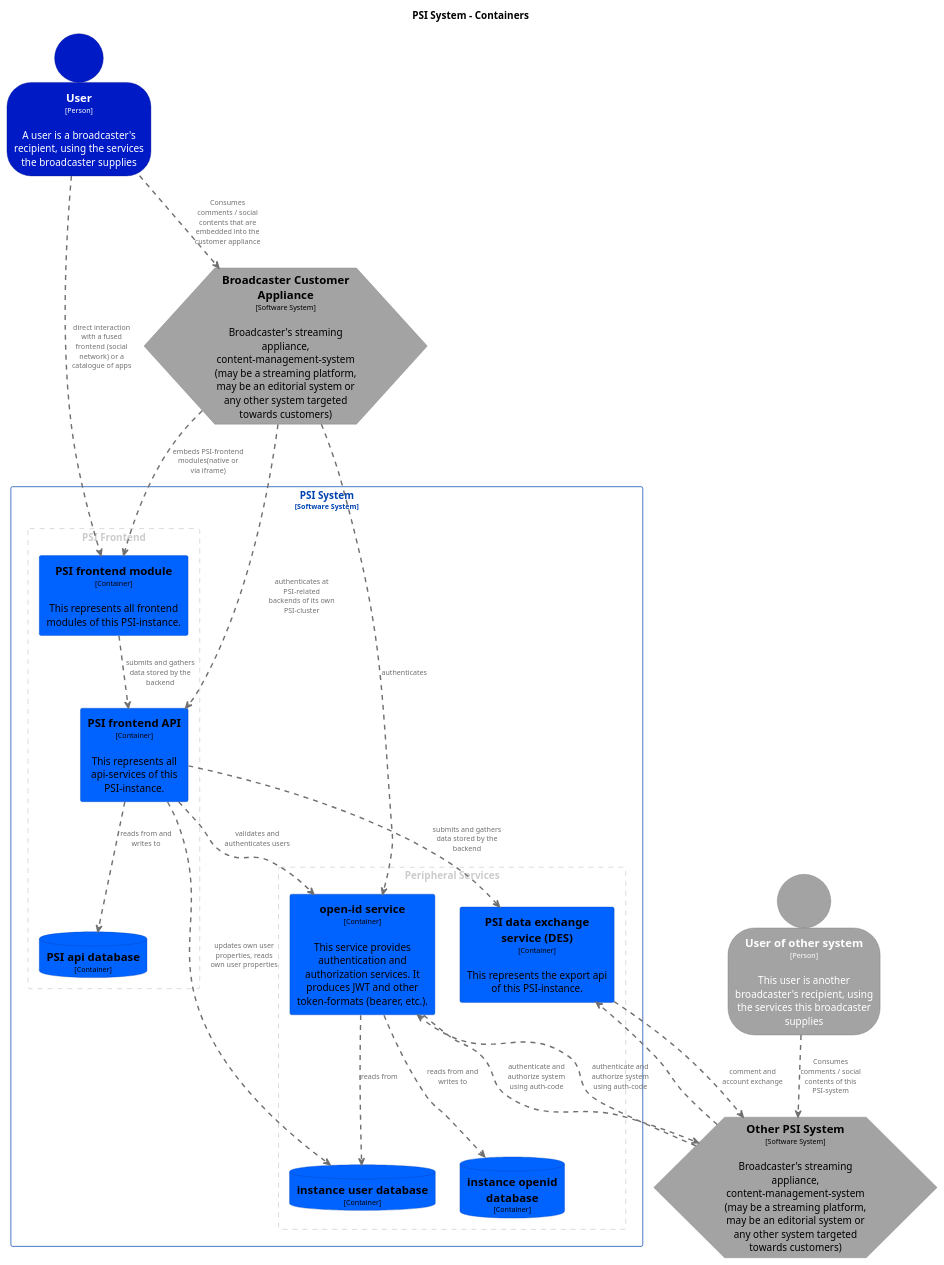
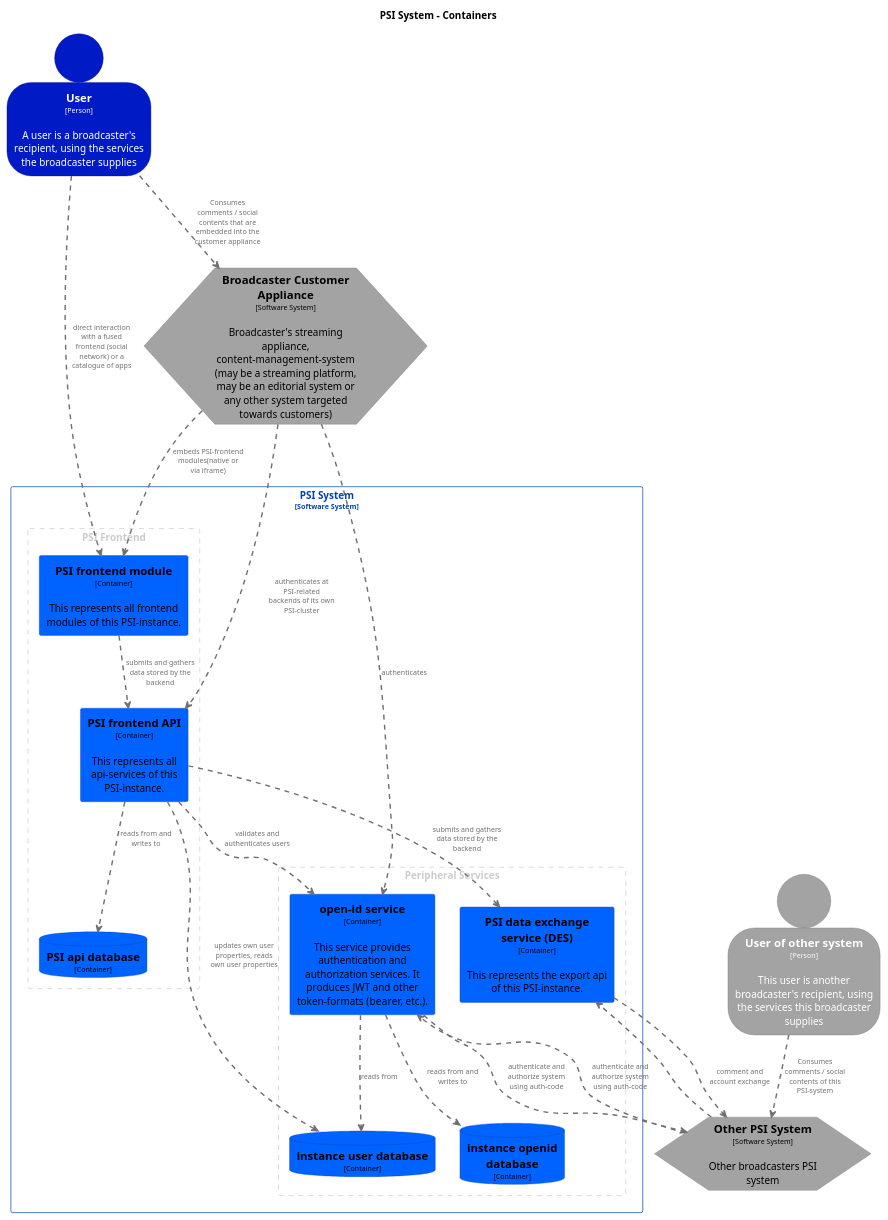
Before and after one commit to ZDF-Digital/psi-arch-suggestion-zdf: the diagram in docs/diagrams/export/structurizr-Containers_own_psi_system.puml, drawn with PlantUML. The commit also changed 6 other files, not shown here.

```diff
--- a/docs/diagrams/export/structurizr-Containers_own_psi_system.puml
+++ b/docs/diagrams/export/structurizr-Containers_own_psi_system.puml
@@ -1,134 +1,134 @@
 @startuml
 set separator none
 title PSI System - Containers
 
 top to bottom direction
 
 skinparam {
   arrowFontSize 10
   defaultTextAlignment center
   wrapWidth 200
   maxMessageSize 100
 }
 
 hide stereotype
 
 skinparam hexagon<<BroadcasterCustomerAppliance>> {
   BackgroundColor #a3a3a3
   FontColor #000000
   BorderColor #727272
   shadowing false
 }
 skinparam hexagon<<OtherPSISystem>> {
   BackgroundColor #a3a3a3
   FontColor #000000
   BorderColor #727272
   shadowing false
 }
 skinparam database<<PSISystem.PSIapidatabase>> {
   BackgroundColor #0062ff
   FontColor #000000
   BorderColor #0044b2
   shadowing false
 }
 skinparam rectangle<<PSISystem.PSIdataexchangeserviceDES>> {
   BackgroundColor #0062ff
   FontColor #000000
   BorderColor #0044b2
   shadowing false
 }
 skinparam rectangle<<PSISystem.PSIfrontendAPI>> {
   BackgroundColor #0062ff
   FontColor #000000
   BorderColor #0044b2
   shadowing false
 }
 skinparam rectangle<<PSISystem.PSIfrontendmodule>> {
   BackgroundColor #0062ff
   FontColor #000000
   BorderColor #0044b2
   shadowing false
 }
 skinparam person<<User>> {
   BackgroundColor #001ac5
   FontColor #ffffff
   BorderColor #001289
   shadowing false
 }
 skinparam person<<Userofothersystem>> {
   BackgroundColor #a3a3a3
   FontColor #ffffff
   BorderColor #727272
   shadowing false
 }
 skinparam database<<PSISystem.instanceopeniddatabase>> {
   BackgroundColor #0062ff
   FontColor #000000
   BorderColor #0044b2
   shadowing false
 }
 skinparam database<<PSISystem.instanceuserdatabase>> {
   BackgroundColor #0062ff
   FontColor #000000
   BorderColor #0044b2
   shadowing false
 }
 skinparam rectangle<<PSISystem.openidservice>> {
   BackgroundColor #0062ff
   FontColor #000000
   BorderColor #0044b2
   shadowing false
 }
 skinparam rectangle<<PSISystem>> {
   BorderColor #0044b2
   FontColor #0044b2
   shadowing false
 }
 
 person "==User\n<size:10>[Person]</size>\n\nA user is a broadcaster's recipient, using the services the broadcaster supplies" <<User>> as User
 person "==User of other system\n<size:10>[Person]</size>\n\nThis user is another broadcaster's recipient, using the services this broadcaster supplies" <<Userofothersystem>> as Userofothersystem
 hexagon "==Broadcaster Customer Appliance\n<size:10>[Software System]</size>\n\nBroadcaster's streaming appliance, content-management-system (may be a streaming platform, may be an editorial system or any other system targeted towards customers)" <<BroadcasterCustomerAppliance>> as BroadcasterCustomerAppliance
-hexagon "==Other PSI System\n<size:10>[Software System]</size>\n\nBroadcaster's streaming appliance, content-management-system (may be a streaming platform, may be an editorial system or any other system targeted towards customers)" <<OtherPSISystem>> as OtherPSISystem
+hexagon "==Other PSI System\n<size:10>[Software System]</size>\n\nOther broadcasters PSI system" <<OtherPSISystem>> as OtherPSISystem
 
 rectangle "PSI System\n<size:10>[Software System]</size>" <<PSISystem>> {
   rectangle "PSI Frontend" <<group1>> {
     skinparam RectangleBorderColor<<group1>> #cccccc
     skinparam RectangleFontColor<<group1>> #cccccc
     skinparam RectangleBorderStyle<<group1>> dashed
 
     rectangle "==PSI frontend module\n<size:10>[Container]</size>\n\nThis represents all frontend modules of this PSI-instance." <<PSISystem.PSIfrontendmodule>> as PSISystem.PSIfrontendmodule
     rectangle "==PSI frontend API\n<size:10>[Container]</size>\n\nThis represents all api-services of this PSI-instance." <<PSISystem.PSIfrontendAPI>> as PSISystem.PSIfrontendAPI
     database "==PSI api database\n<size:10>[Container]</size>" <<PSISystem.PSIapidatabase>> as PSISystem.PSIapidatabase
   }
 
   rectangle "Peripheral Services" <<group2>> {
     skinparam RectangleBorderColor<<group2>> #cccccc
     skinparam RectangleFontColor<<group2>> #cccccc
     skinparam RectangleBorderStyle<<group2>> dashed
 
     rectangle "==open-id service\n<size:10>[Container]</size>\n\nThis service provides authentication and authorization services. It produces JWT and other token-formats (bearer, etc.)." <<PSISystem.openidservice>> as PSISystem.openidservice
     database "==instance user database\n<size:10>[Container]</size>" <<PSISystem.instanceuserdatabase>> as PSISystem.instanceuserdatabase
     database "==instance openid database\n<size:10>[Container]</size>" <<PSISystem.instanceopeniddatabase>> as PSISystem.instanceopeniddatabase
     rectangle "==PSI data exchange service (DES)\n<size:10>[Container]</size>\n\nThis represents the export api of this PSI-instance." <<PSISystem.PSIdataexchangeserviceDES>> as PSISystem.PSIdataexchangeserviceDES
   }
 
 }
 
 PSISystem.PSIfrontendAPI .[#707070,thickness=2].> PSISystem.PSIdataexchangeserviceDES : "<color:#707070>submits and gathers data stored by the backend"
 PSISystem.PSIfrontendAPI .[#707070,thickness=2].> PSISystem.openidservice : "<color:#707070>validates and authenticates users"
 PSISystem.PSIfrontendAPI .[#707070,thickness=2].> PSISystem.instanceuserdatabase : "<color:#707070>updates own user properties, reads own user properties"
 PSISystem.openidservice .[#707070,thickness=2].> PSISystem.instanceuserdatabase : "<color:#707070>reads from"
 PSISystem.openidservice .[#707070,thickness=2].> PSISystem.instanceopeniddatabase : "<color:#707070>reads from and writes to"
 BroadcasterCustomerAppliance .[#707070,thickness=2].> PSISystem.openidservice : "<color:#707070>authenticates"
 User .[#707070,thickness=2].> BroadcasterCustomerAppliance : "<color:#707070>Consumes comments / social contents that are embedded into the customer appliance"
 User .[#707070,thickness=2].> PSISystem.PSIfrontendmodule : "<color:#707070>direct interaction with a fused frontend (social network) or a catalogue of apps"
 BroadcasterCustomerAppliance .[#707070,thickness=2].> PSISystem.PSIfrontendmodule : "<color:#707070>embeds PSI-frontend modules(native or via iframe)"
 BroadcasterCustomerAppliance .[#707070,thickness=2].> PSISystem.PSIfrontendAPI : "<color:#707070>authenticates at PSI-related  backends of its own PSI-cluster"
 OtherPSISystem .[#707070,thickness=2].> PSISystem.PSIdataexchangeserviceDES : "<color:#707070>"
 PSISystem.PSIdataexchangeserviceDES .[#707070,thickness=2].> OtherPSISystem : "<color:#707070>comment and account exchange"
 PSISystem.PSIfrontendmodule .[#707070,thickness=2].> PSISystem.PSIfrontendAPI : "<color:#707070>submits and gathers data stored by the backend"
 PSISystem.openidservice .[#707070,thickness=2].> OtherPSISystem : "<color:#707070>authenticate and authorize system using auth-code"
 OtherPSISystem .[#707070,thickness=2].> PSISystem.openidservice : "<color:#707070>authenticate and authorize system using auth-code"
 Userofothersystem .[#707070,thickness=2].> OtherPSISystem : "<color:#707070>Consumes comments / social contents of this PSI-system"
 PSISystem.PSIfrontendAPI .[#707070,thickness=2].> PSISystem.PSIapidatabase : "<color:#707070>reads from and writes to"
 @enduml
```
